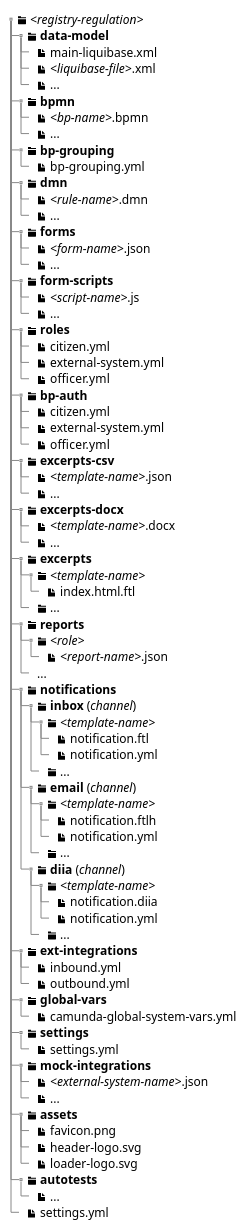
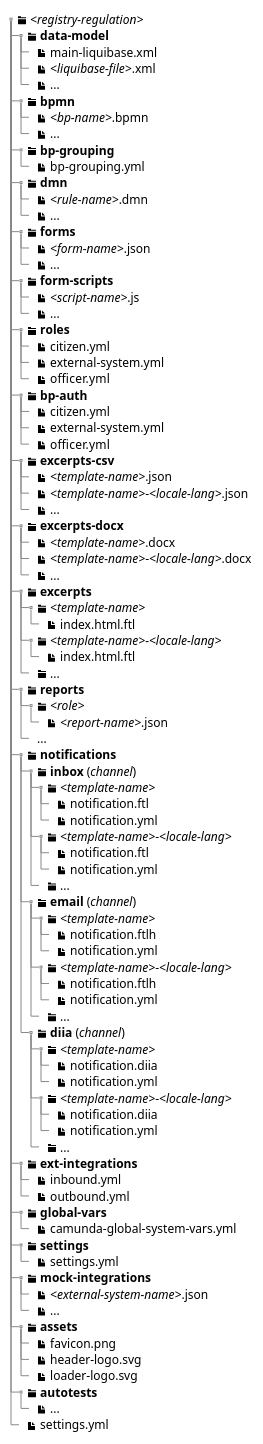
The diagram in docs/ua/modules/arch/pages/architecture/registry/administrative/regulation-management/registry-regulation/registry-regulation.adoc (epam/edp-ddm-architecture), drawn with PlantUML before and after one commit. The commit also changed other lines of this file and 2 other files, not shown here.

Commit message:
[EDP-DDM-31282][EDP-DDM-31283] - Updated doc with registry localization changes

```diff
--- a/docs/ua/modules/arch/pages/architecture/registry/administrative/regulation-management/registry-regulation/registry-regulation.adoc
+++ b/docs/ua/modules/arch/pages/architecture/registry/administrative/regulation-management/registry-regulation/registry-regulation.adoc
@@ -63,12 +63,16 @@
 +++ <&file> officer.yml
 ++ <&folder> <b>excerpts-csv</b>
 +++ <&file> <i><template-name></i>.json
++++ <&file> <i><template-name></i>-<i><locale-lang></i>.json
 +++ <&file> ...
 ++ <&folder> <b>excerpts-docx</b>
 +++ <&file> <i><template-name></i>.docx
++++ <&file> <i><template-name></i>-<i><locale-lang></i>.docx
 +++ <&file> ...
 ++ <&folder> <b>excerpts</b>
 +++ <&folder> <i><template-name></i>
+++++ <&file> index.html.ftl
++++ <&folder> <i><template-name>-<i><locale-lang></i>
 ++++ <&file> index.html.ftl
 +++ <&folder> ...
 ++ <&folder> <b>reports</b>
@@ -80,14 +84,23 @@
 ++++ <&folder> <i><template-name></i>
 +++++ <&file> notification.ftl
 +++++ <&file> notification.yml
+++++ <&folder> <i><template-name></i>-<i><locale-lang></i>
++++++ <&file> notification.ftl
++++++ <&file> notification.yml
 ++++ <&folder> ...
 +++ <&folder> <b>email</b> (<i>channel</i>)
 ++++ <&folder> <i><template-name></i>
 +++++ <&file> notification.ftlh
 +++++ <&file> notification.yml
+++++ <&folder> <i><template-name></i>-<i><locale-lang></i>
++++++ <&file> notification.ftlh
++++++ <&file> notification.yml
 ++++ <&folder> ...
 +++ <&folder> <b>diia</b> (<i>channel</i>)
 ++++ <&folder> <i><template-name></i>
++++++ <&file> notification.diia
++++++ <&file> notification.yml
+++++ <&folder> <i><template-name></i>-<i><locale-lang></i>
 +++++ <&file> notification.diia
 +++++ <&file> notification.yml
 ++++ <&folder> ...
```
